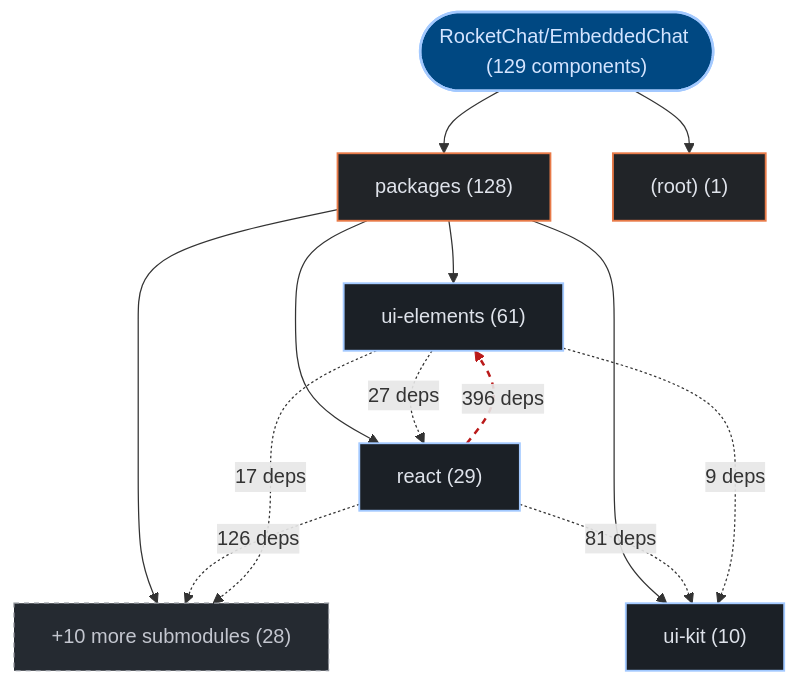
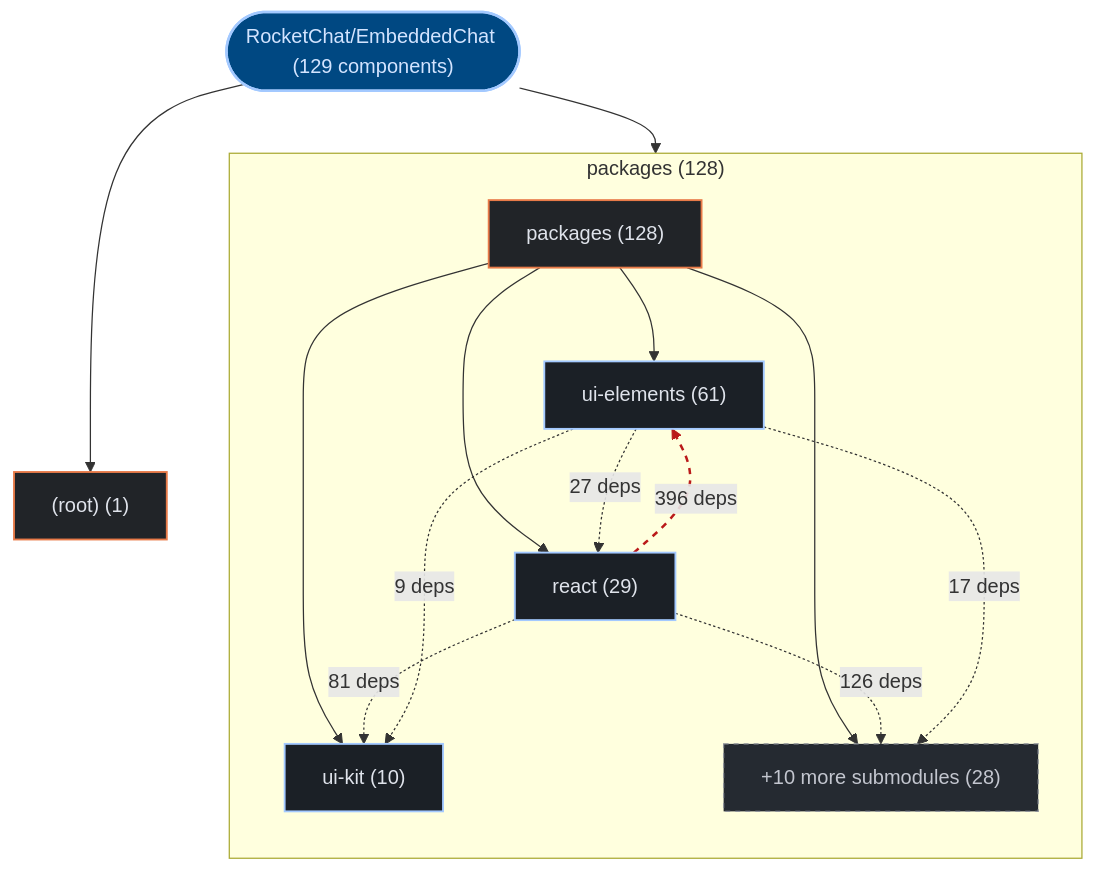
Before and after one commit to kumarshaz/atruss-code-atlas: the first of 3 diagrams in exports/latest/reports/RocketChat-EmbeddedChat-report.md, drawn with Mermaid. The commit also changed 178 other files, not shown here.

Commit message:
feat(ui,mermaid): upgrade to mermaid v12 + ELK layout, add orgs-summary + pagination, subgraph building blocks, fix tab alignment

````diff
--- a/exports/latest/reports/RocketChat-EmbeddedChat-report.md
+++ b/exports/latest/reports/RocketChat-EmbeddedChat-report.md
@@ -42,30 +42,33 @@
 ```mermaid
 graph TD;
   classDef atlasRoot fill:#004882,stroke:#a3c9ff,stroke-width:2px,color:#d3e4ff
   classDef atlasCategory fill:#212428,stroke:#E87A48,stroke-width:1.5px,color:#dfe3eb
   classDef atlasWorkflow fill:#1b2026,stroke:#a3c9ff,stroke-width:1.5px,color:#dfe3eb
   classDef atlasJob fill:#171c22,stroke:#8d9199,stroke-width:1px,color:#dfe3eb
   classDef atlasTarget fill:#005227,stroke:#8bd99b,stroke-width:1.5px,color:#a7f6b6
   classDef atlasAlert fill:#93000a,stroke:#ffb4ab,stroke-width:1.5px,color:#ffdad6
   classDef atlasMore fill:#252a31,stroke:#8d9199,stroke-dasharray:4 4,color:#c3c6cf
     repo_root(["RocketChat/EmbeddedChat (129 components)"]):::atlasRoot
-    dir_0_packages["packages (128)"]:::atlasCategory
+    subgraph sg_dir_0_packages["packages (128)"]
+      direction TB
+      dir_0_packages["packages (128)"]:::atlasCategory
+      sub_0_0_ui_elements["ui-elements (61)"]:::atlasWorkflow
+      dir_0_packages --> sub_0_0_ui_elements
+      sub_0_1_react["react (29)"]:::atlasWorkflow
+      dir_0_packages --> sub_0_1_react
+      sub_0_2_ui_kit["ui-kit (10)"]:::atlasWorkflow
+      dir_0_packages --> sub_0_2_ui_kit
+      sub_0_more["+10 more submodules (28)"]:::atlasMore
+      dir_0_packages --> sub_0_more
+    end
     repo_root --> dir_0_packages
-    sub_0_0_ui_elements["ui-elements (61)"]:::atlasWorkflow
-    dir_0_packages --> sub_0_0_ui_elements
-    sub_0_1_react["react (29)"]:::atlasWorkflow
-    dir_0_packages --> sub_0_1_react
-    sub_0_2_ui_kit["ui-kit (10)"]:::atlasWorkflow
-    dir_0_packages --> sub_0_2_ui_kit
-    sub_0_more["+10 more submodules (28)"]:::atlasMore
-    dir_0_packages --> sub_0_more
     dir_1__root_["(root) (1)"]:::atlasCategory
     repo_root --> dir_1__root_
     sub_0_1_react -.->|"396 deps"| sub_0_0_ui_elements
     sub_0_1_react -.->|"126 deps"| sub_0_more
     sub_0_1_react -.->|"81 deps"| sub_0_2_ui_kit
     sub_0_0_ui_elements -.->|"27 deps"| sub_0_1_react
     sub_0_0_ui_elements -.->|"17 deps"| sub_0_more
     sub_0_0_ui_elements -.->|"9 deps"| sub_0_2_ui_kit
     linkStyle 6 stroke:#ba1a1a,stroke-width:2px,stroke-dasharray: 5 5
 ```
````
